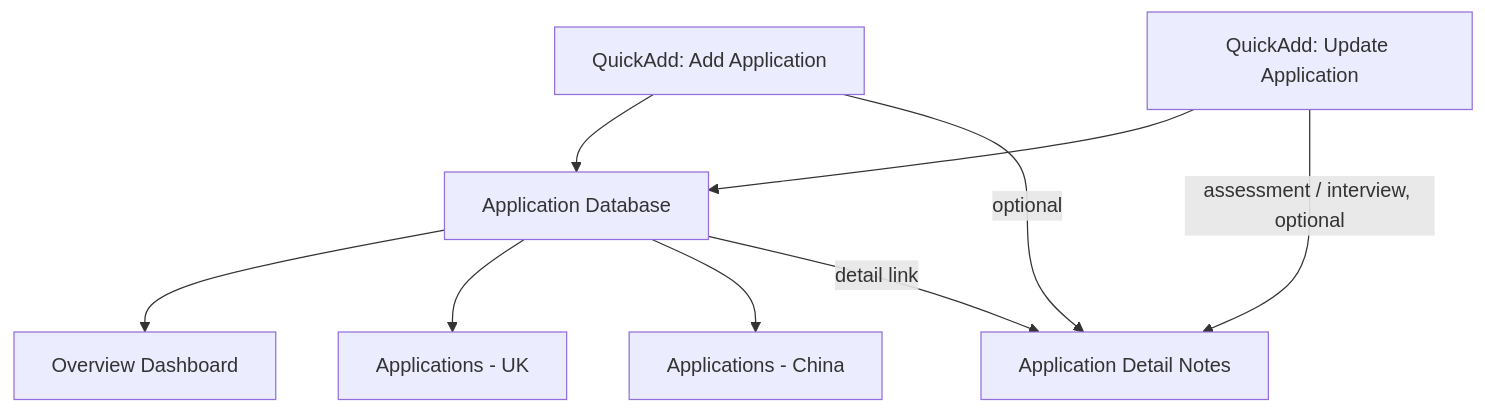
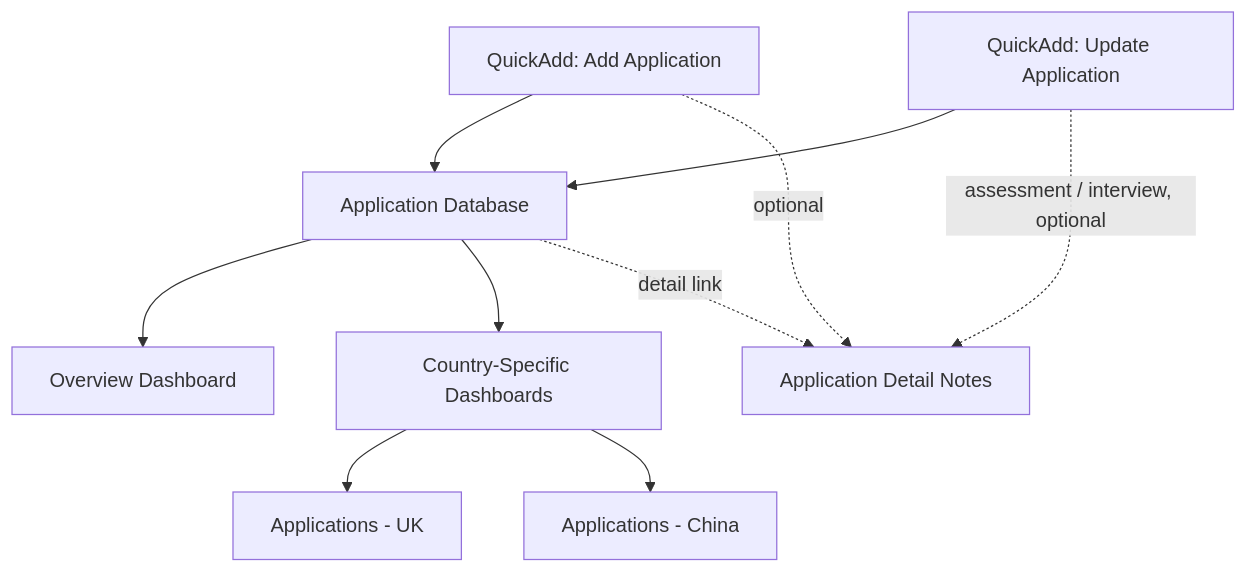
Before and after one commit to DGracy/obsidian-job-application-system: the diagram in README.md, drawn with Mermaid. The commit also changed other lines of this file, not shown here.

Commit message:
Redesign architecture diagram for reusable country-specific views

````diff
--- a/README.md
+++ b/README.md
@@ -22,11 +22,15 @@
 ```mermaid
 flowchart TD
     A[QuickAdd: Add Application] --> C[Application Database]
     B[QuickAdd: Update Application] --> C
+
     C --> D[Overview Dashboard]
-    C --> E[Applications - UK]
-    C --> F[Applications - China]
-    A -->|optional| G[Application Detail Notes]
-    B -->|assessment / interview, optional| G
-    C -->|detail link| G
+    C --> E[Country-Specific Dashboards]
+
+    E --> E1[Applications - UK]
+    E --> E2[Applications - China]
+
+    A -. optional .-> G[Application Detail Notes]
+    B -. assessment / interview, optional .-> G
+    C -. detail link .-> G
 ```
````
